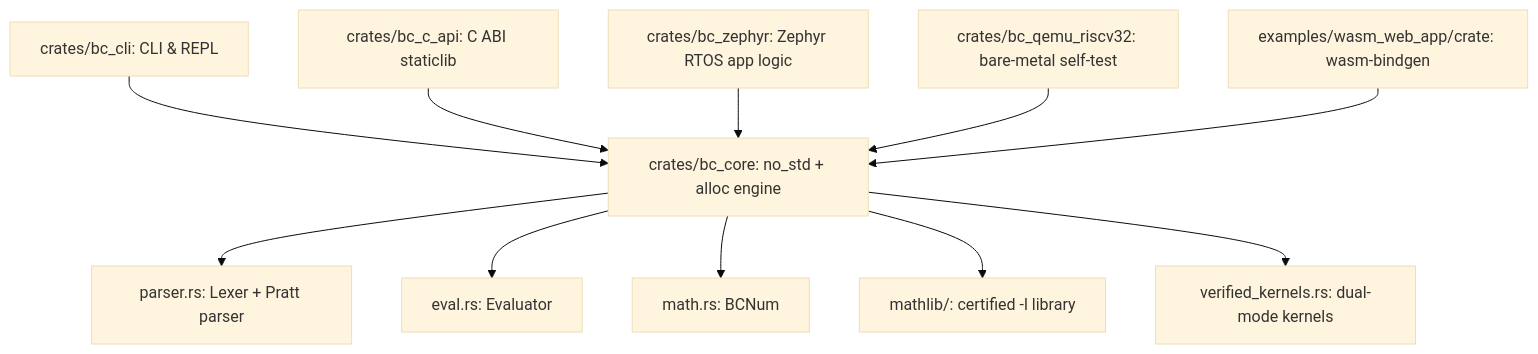
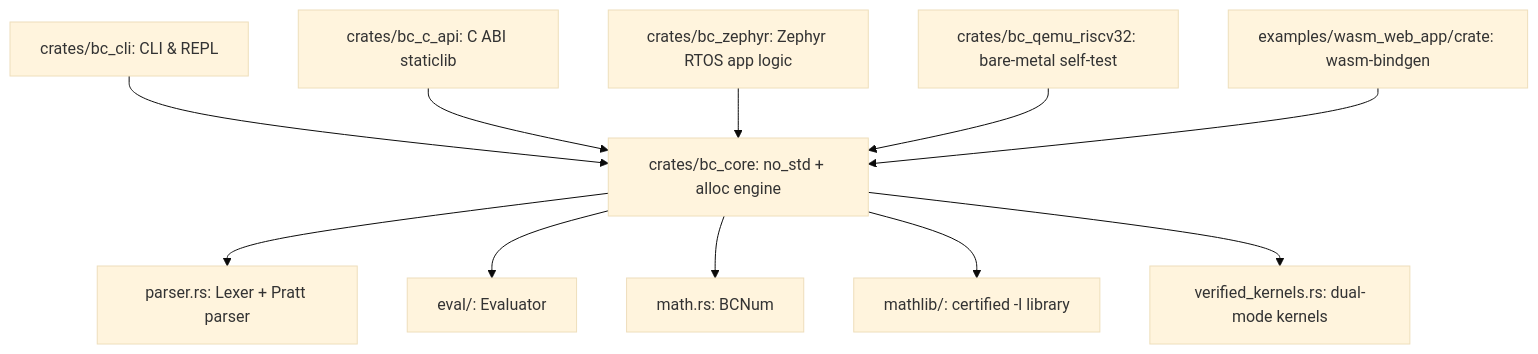
Before and after one commit to takayuki-nagata/bc_clone_rs: the diagram in AGENTS.md, drawn with Mermaid (base theme). The commit also changed other lines of this file and 11 other files, not shown here.

First line of the commit message:
refactor(core): split eval.rs into expression, statement, call and unit files

````diff
--- a/AGENTS.md
+++ b/AGENTS.md
@@ -29,13 +29,13 @@
 ```mermaid
 graph TD
     CLI[crates/bc_cli: CLI & REPL] --> Core[crates/bc_core: no_std + alloc engine]
     CAPI[crates/bc_c_api: C ABI staticlib] --> Core
     Zephyr[crates/bc_zephyr: Zephyr RTOS app logic] --> Core
     QEMU[crates/bc_qemu_riscv32: bare-metal self-test] --> Core
     Wasm[examples/wasm_web_app/crate: wasm-bindgen] --> Core
     Core --> Parser[parser.rs: Lexer + Pratt parser]
-    Core --> Eval[eval.rs: Evaluator]
+    Core --> Eval[eval/: Evaluator]
     Core --> Math[math.rs: BCNum]
     Core --> MathLib[mathlib/: certified -l library]
     Core --> Kernels[verified_kernels.rs: dual-mode kernels]
 ```
````
